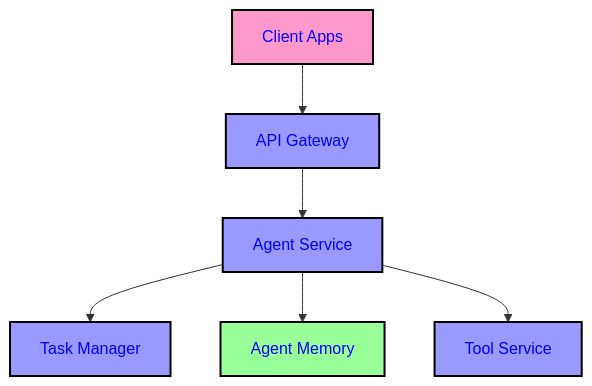
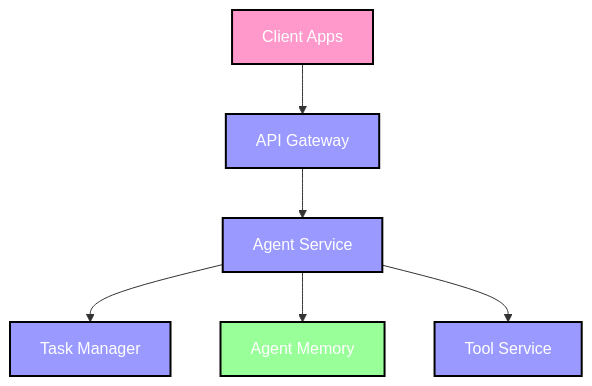
One commit to dshorter/agent_toolkit changed the diagram in README.md. Above: the diagram before and after it, drawn with Mermaid.

````diff
--- a/README.md
+++ b/README.md
@@ -33,21 +33,21 @@
 ```mermaid
 graph TD
    CA[Client Apps] --> API[API Gateway]
    API --> AS[Agent Service]
    AS --> TM[Task Manager]
    AS --> AM[Agent Memory]
    AS --> TS[Tool Service]
 
    %% Style classes 
    classDef default fill:#2B3D53,stroke:#000000,stroke-width:2px,color:#FFFFFF;
    classDef client fill:#ff99cc,stroke:#000000,stroke-width:2px,color:#000000;
    classDef service fill:#9999ff,stroke:#000000,stroke-width:2px,color:#000000;
    classDef storage fill:#99ff99,stroke:#000000,stroke-width:2px,color:#000000;
-   classDef text color:#0000FF;      
+   classDef text color:#FFFFFF;      
    
   %% Apply styles
  class CA client;
  class API,AS,TM,TS service;
  class AM storage
  class CA,API,AS,TM,AM,TS text;;
 ```
````
